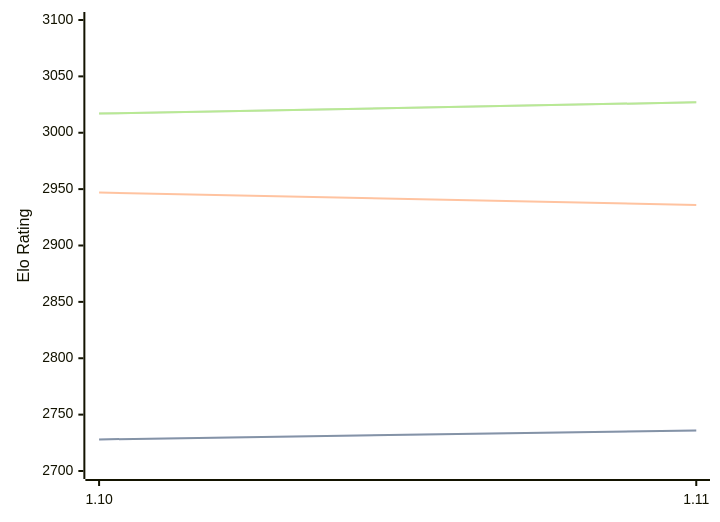
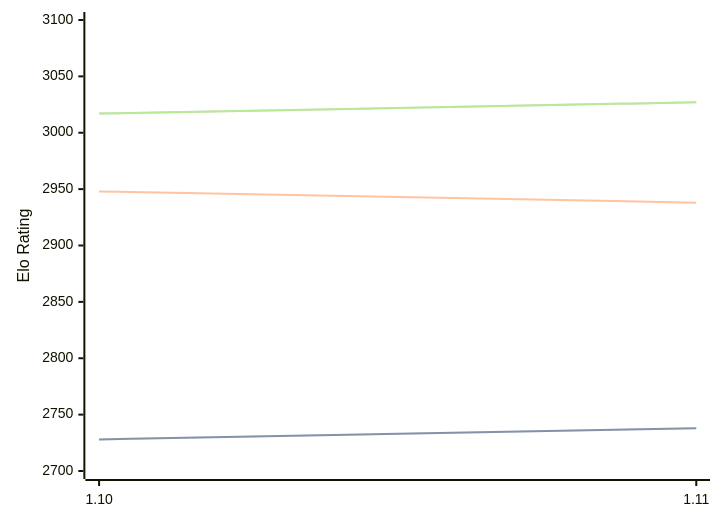
Before and after one commit to computer-chess-index/cci: the diagram in engines/Roc.md, drawn with Mermaid. The commit also changed other lines of this file, not shown here.

````diff
--- a/engines/Roc.md
+++ b/engines/Roc.md
@@ -65,11 +65,11 @@
 ```mermaid
 %%{init: {"theme":"base","themeVariables":{"seriesColors:['#a3a3a3','#222221','#faa371']}}}%%
 xychart-beta
   x-axis ["1.10", "1.11"]
   y-axis "Elo Rating" 2700 --> 3100
-  line "STC (8.0+0.08s)" [2728, 2736]
-  line "STC (8.0+0.08s)" [2728, 2736]
-  line "LTC (60.0+0.60s)" [2947, 2936]
+  line "STC (8.0+0.08s)" [2728, 2738]
+  line "STC (8.0+0.08s)" [2728, 2738]
+  line "LTC (60.0+0.60s)" [2948, 2938]
   line "VLTC (2m24s+1.12s)" [3017, 3027]
   line "VLTC (2m24s+1.12s)" [3017, 3027]
 ```
````
